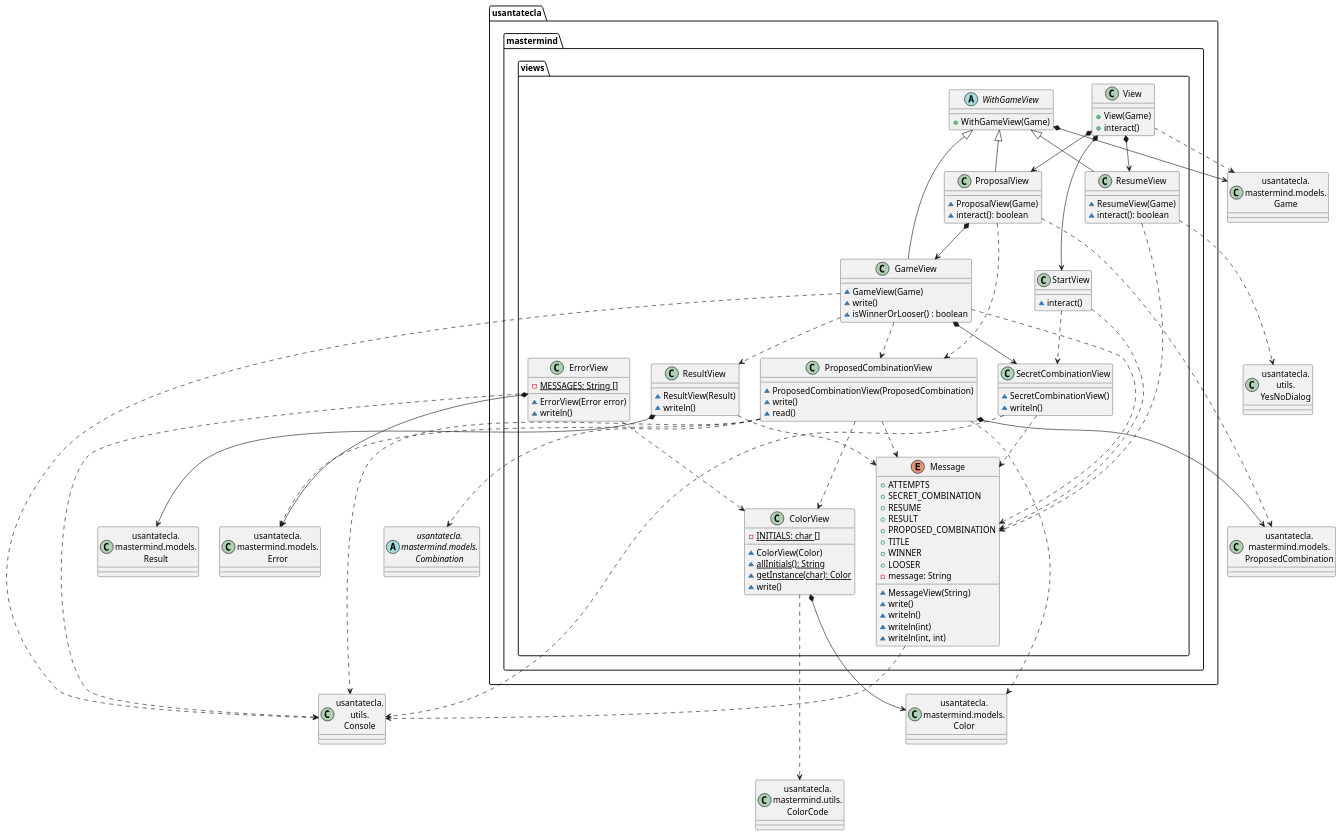
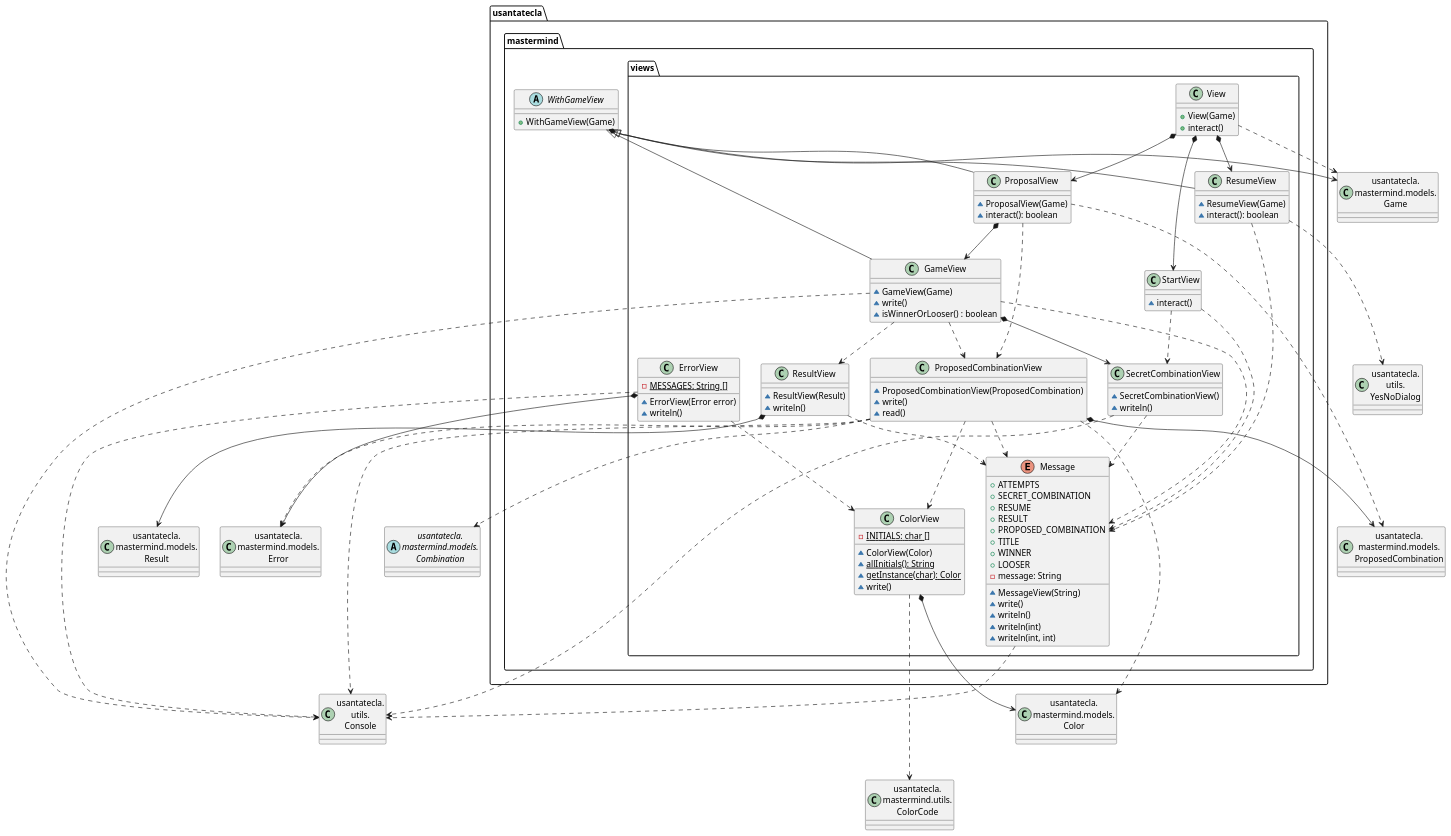
One commit to SantaTecla-mastermind/solution.java.swing.socket.sql changed the second of 5 diagrams in documentView/console/docs/diagrams/src/paquetes.plantuml. Above: the diagram before and after it, drawn with PlantUML. The commit also changed 55 other files, not shown here.

Commit message:
[mvp.pm.basic] Added WithGameView + changed documentation + refactor

```diff
--- a/documentView/console/docs/diagrams/src/paquetes.plantuml
+++ b/documentView/console/docs/diagrams/src/paquetes.plantuml
@@ -15,124 +15,124 @@
 @startuml usantatecla.mastermind.views
 class ColorCode as "usantatecla.\nmastermind.utils.\nColorCode"
 class Error as "usantatecla.\nmastermind.models.\nError"
 class Color as "usantatecla.\nmastermind.models.\nColor"
 abstract class Combination as "usantatecla.\nmastermind.models.\nCombination"
 class ProposedCombination as "usantatecla.\nmastermind.models.\nProposedCombination"
 class Result as "usantatecla.\nmastermind.models.\nResult"
 class Game as "usantatecla.\nmastermind.models.\nGame"
 class YesNoDialog as "usantatecla.\nutils.\nYesNoDialog"
 class Console as "usantatecla.\nutils.\nConsole"
 
-abstract class usantatecla.mastermind.views.WithGameView {
+abstract class usantatecla.mastermind.WithGameView {
     + WithGameView(Game)
 }
-usantatecla.mastermind.views.WithGameView *-down-> Game
+usantatecla.mastermind.WithGameView *-down-> Game
 
 class usantatecla.mastermind.views.ColorView{
     - {static} INITIALS: char []
     ~ ColorView(Color)
     ~ {static} allInitials(): String
     ~ {static} getInstance(char): Color
     ~ write()
 }
 usantatecla.mastermind.views.ColorView -down..> ColorCode
 usantatecla.mastermind.views.ColorView *-down-> Color
 
 class usantatecla.mastermind.views.ErrorView{
     - {static} MESSAGES: String []
     ~ ErrorView(Error error)
     ~ writeln()
 }
 usantatecla.mastermind.views.ErrorView *-down-> Error
 usantatecla.mastermind.views.ErrorView ..> usantatecla.mastermind.views.ColorView
 usantatecla.mastermind.views.ErrorView ..> Console
 
 class usantatecla.mastermind.views.GameView {
     ~ GameView(Game)
     ~ write()
     ~ isWinnerOrLooser() : boolean
 }
-usantatecla.mastermind.views.GameView -up-|> usantatecla.mastermind.views.WithGameView
+usantatecla.mastermind.views.GameView -up-|> usantatecla.mastermind.WithGameView
 usantatecla.mastermind.views.GameView *-down-> usantatecla.mastermind.views.SecretCombinationView
 usantatecla.mastermind.views.GameView ..> usantatecla.mastermind.views.Message
 usantatecla.mastermind.views.GameView ..> usantatecla.mastermind.views.ProposedCombinationView
 usantatecla.mastermind.views.GameView ..> usantatecla.mastermind.views.ResultView
 usantatecla.mastermind.views.GameView ..> Console
 
 enum usantatecla.mastermind.views.Message{
     + ATTEMPTS
     + SECRET_COMBINATION
     + RESUME
     + RESULT
     + PROPOSED_COMBINATION
     + TITLE
     + WINNER
     + LOOSER
     - message: String
     ~ MessageView(String)
     ~ write()
     ~ writeln()
     ~ writeln(int)
     ~ writeln(int, int)
 }
 usantatecla.mastermind.views.Message ..> Console
 
 class usantatecla.mastermind.views.ProposalView {
     ~ ProposalView(Game)
     ~ interact(): boolean
 }
-usantatecla.mastermind.views.ProposalView -up-|> usantatecla.mastermind.views.WithGameView
+usantatecla.mastermind.views.ProposalView -up-|> usantatecla.mastermind.WithGameView
 usantatecla.mastermind.views.ProposalView *-down-> usantatecla.mastermind.views.GameView
 usantatecla.mastermind.views.ProposalView -down..> ProposedCombination
 usantatecla.mastermind.views.ProposalView ..> usantatecla.mastermind.views.ProposedCombinationView
 
 class usantatecla.mastermind.views.ProposedCombinationView {
     ~ ProposedCombinationView(ProposedCombination)
     ~ write()
     ~ read()
 }
 usantatecla.mastermind.views.ProposedCombinationView *-down-> ProposedCombination
 usantatecla.mastermind.views.ProposedCombinationView ..> usantatecla.mastermind.views.Message
 usantatecla.mastermind.views.ProposedCombinationView ..> usantatecla.mastermind.views.ColorView
 usantatecla.mastermind.views.ProposedCombinationView ..> Combination
 usantatecla.mastermind.views.ProposedCombinationView ..> Error
 usantatecla.mastermind.views.ProposedCombinationView ..> Color
 usantatecla.mastermind.views.ProposedCombinationView ..> Console
 
 class usantatecla.mastermind.views.ResultView {
     ~ ResultView(Result)
     ~ writeln()
 }
 usantatecla.mastermind.views.ResultView *-down-> Result
 usantatecla.mastermind.views.ResultView ..> usantatecla.mastermind.views.Message
 
 class usantatecla.mastermind.views.ResumeView {
     ~ ResumeView(Game)
     ~ interact(): boolean
 }
-usantatecla.mastermind.views.ResumeView -up-|> usantatecla.mastermind.views.WithGameView
+usantatecla.mastermind.views.ResumeView -up-|> usantatecla.mastermind.WithGameView
 usantatecla.mastermind.views.ResumeView -down..> YesNoDialog
 usantatecla.mastermind.views.ResumeView ..> usantatecla.mastermind.views.Message
 
 class usantatecla.mastermind.views.SecretCombinationView {
     ~ SecretCombinationView()
     ~ writeln()
 }
 usantatecla.mastermind.views.SecretCombinationView ..> usantatecla.mastermind.views.Message
 usantatecla.mastermind.views.SecretCombinationView ..> Console
 
 class usantatecla.mastermind.views.StartView {
     ~ interact()
 }
 usantatecla.mastermind.views.StartView..> usantatecla.mastermind.views.Message
 usantatecla.mastermind.views.StartView..> usantatecla.mastermind.views.SecretCombinationView
 
 class usantatecla.mastermind.views.View {
     + View(Game)
     + interact()
 }
 usantatecla.mastermind.views.View .down.> Game
 usantatecla.mastermind.views.View *-down-> usantatecla.mastermind.views.ProposalView
 usantatecla.mastermind.views.View *-down-> usantatecla.mastermind.views.StartView
 usantatecla.mastermind.views.View *-down-> usantatecla.mastermind.views.ResumeView
 @enduml
```
